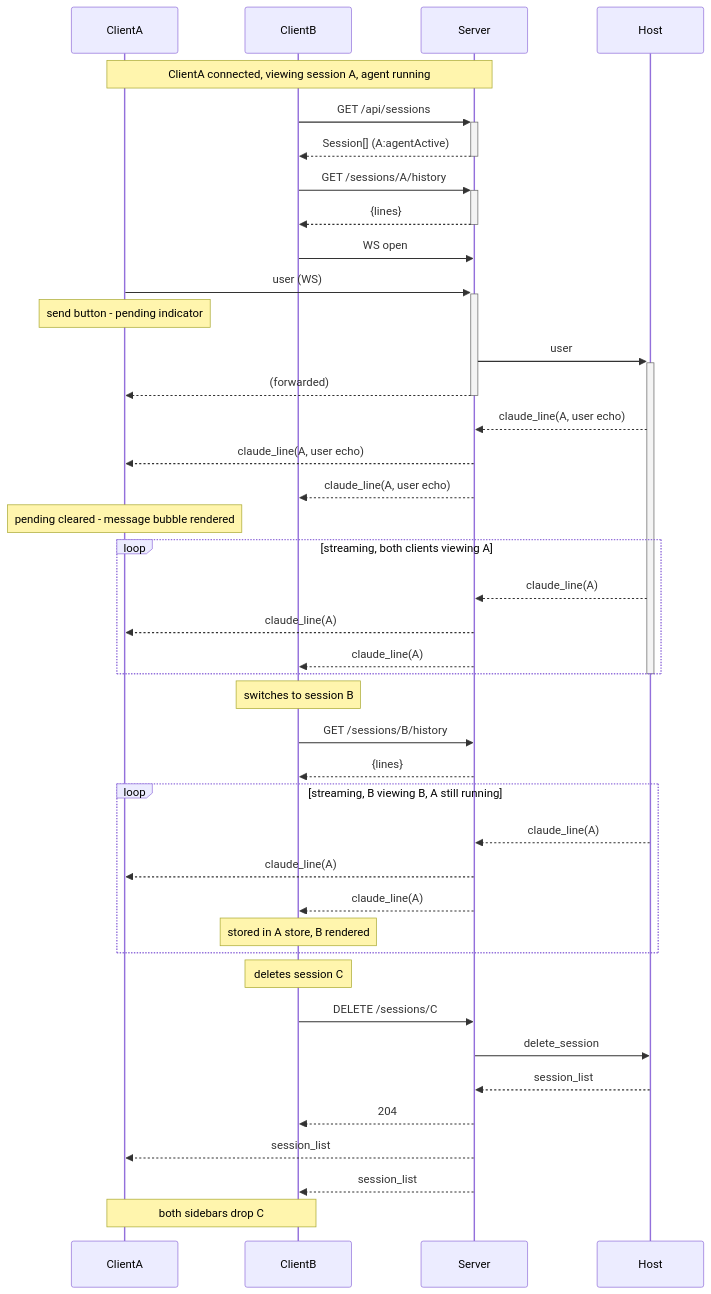
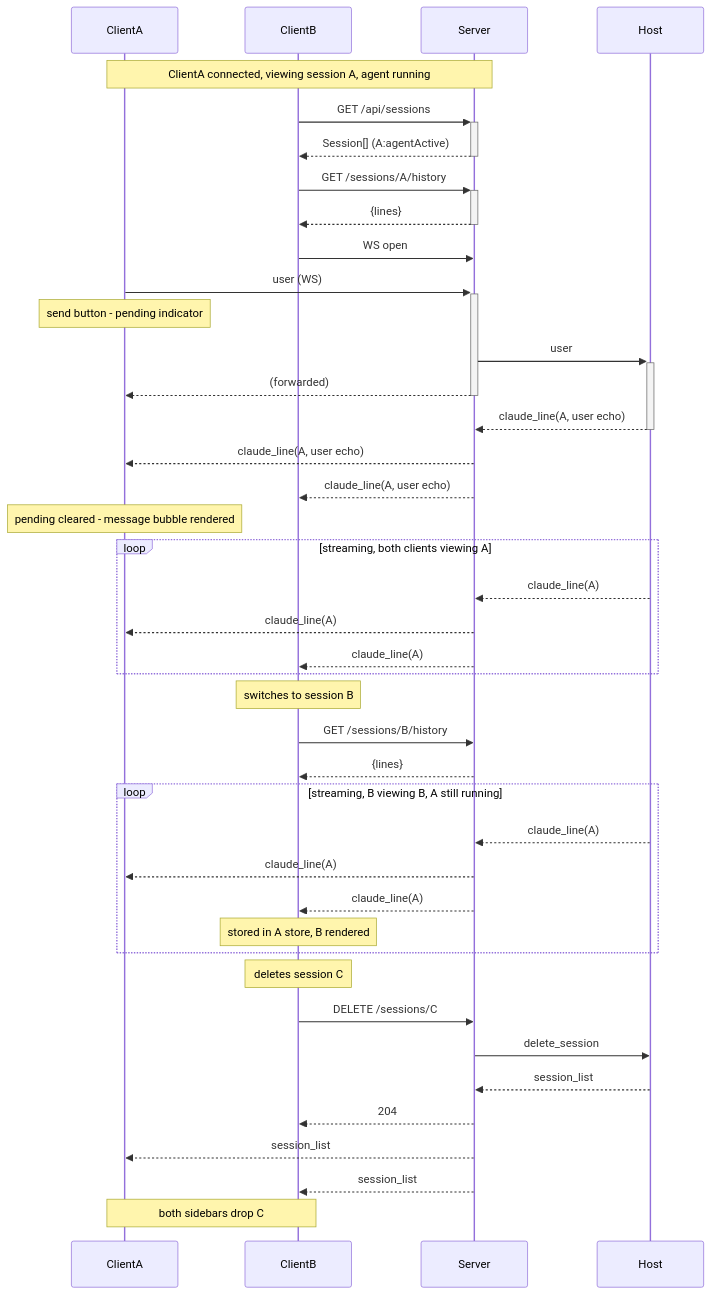
Before and after one commit to danlkv/codette: the fourth of 5 diagrams in protocol.spec.md, drawn with Mermaid. The commit also changed other lines of this file and 11 other files, not shown here.

````diff
--- a/protocol.spec.md
+++ b/protocol.spec.md
@@ -227,44 +226,43 @@
 ```mermaid
 sequenceDiagram
     participant A as ClientA
     participant B as ClientB
     participant S as Server
     participant H as Host
     Note over A,S: ClientA connected, viewing session A, agent running
     B->>+S: GET /api/sessions
     S-->>-B: Session[] (A:agentActive)
     B->>+S: GET /sessions/A/history
     S-->>-B: {lines}
     B->>S: WS open
     A->>+S: user (WS)
     Note over A: send button - pending indicator
     S->>+H: user
     S-->>-A: (forwarded)
-    H-->>S: claude_line(A, user echo)
+    H-->>-S: claude_line(A, user echo)
     S-->>A: claude_line(A, user echo)
     S-->>B: claude_line(A, user echo)
     Note over A: pending cleared - message bubble rendered
     loop streaming, both clients viewing A
         H-->>S: claude_line(A)
         S-->>A: claude_line(A)
         S-->>B: claude_line(A)
     end
-    deactivate H
     Note over B: switches to session B
     B->>S: GET /sessions/B/history
     S-->>B: {lines}
     loop streaming, B viewing B, A still running
         H-->>S: claude_line(A)
         S-->>A: claude_line(A)
         S-->>B: claude_line(A)
         Note over B: stored in A store, B rendered
     end
     Note over B: deletes session C
     B->>S: DELETE /sessions/C
     S->>H: delete_session
     H-->>S: session_list
     S-->>B: 204
     S-->>A: session_list
     S-->>B: session_list
     Note over A,B: both sidebars drop C
 ```
````
